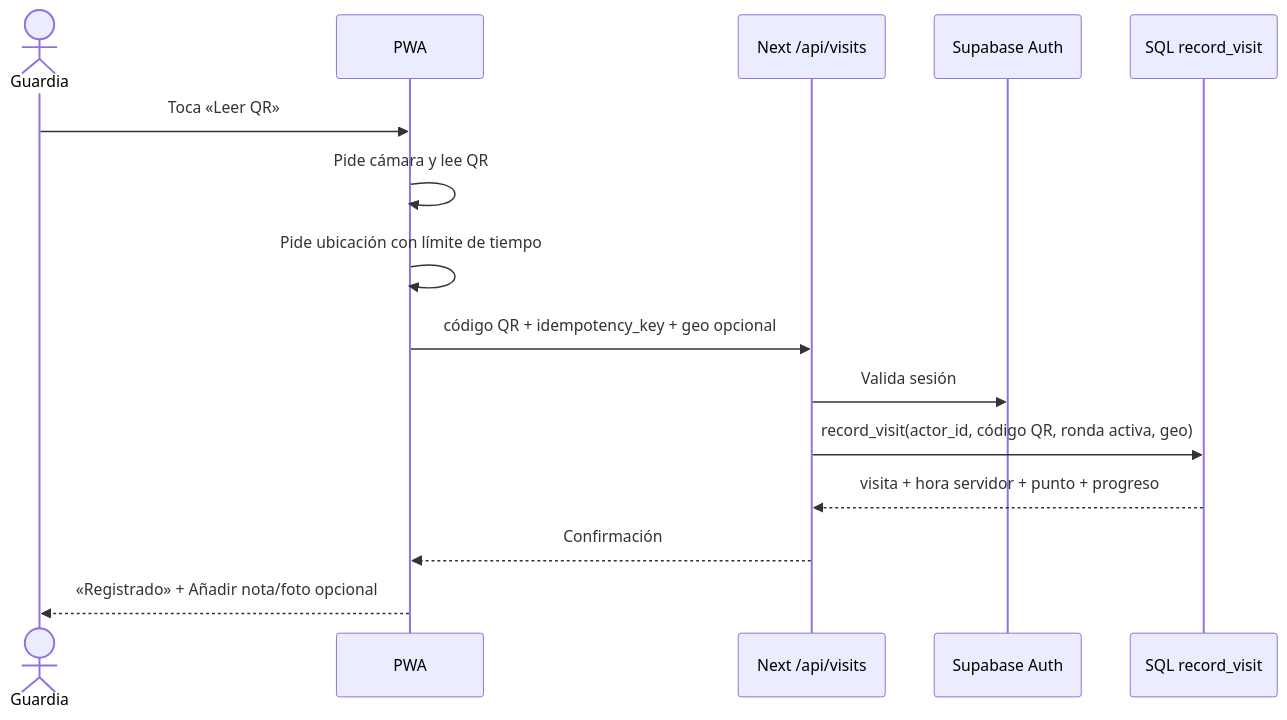
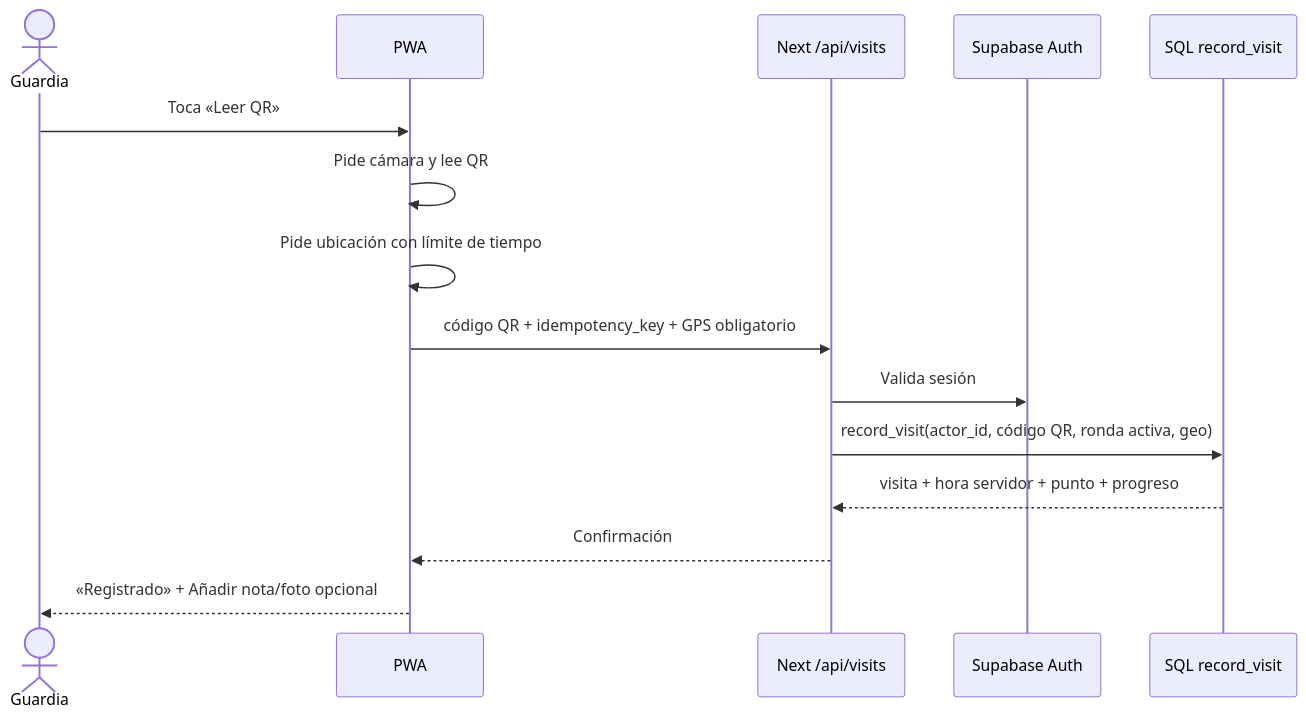
One commit to Alex-Gallardo/k66-rondas changed the second of 4 diagrams in docs/GUIA_MVP.md. Above: the diagram before and after it, drawn with Mermaid. The commit also changed other lines of this file and 22 other files, not shown here.

````diff
--- a/docs/GUIA_MVP.md
+++ b/docs/GUIA_MVP.md
@@ -79,17 +79,17 @@
 ```mermaid
 sequenceDiagram
   actor Guardia
   participant PWA
   participant API as Next /api/visits
   participant Auth as Supabase Auth
   participant DB as SQL record_visit
   Guardia->>PWA: Toca «Leer QR»
   PWA->>PWA: Pide cámara y lee QR
   PWA->>PWA: Pide ubicación con límite de tiempo
-  PWA->>API: código QR + idempotency_key + geo opcional
+  PWA->>API: código QR + idempotency_key + GPS obligatorio
   API->>Auth: Valida sesión
   API->>DB: record_visit(actor_id, código QR, ronda activa, geo)
   DB-->>API: visita + hora servidor + punto + progreso
   API-->>PWA: Confirmación
   PWA-->>Guardia: «Registrado» + Añadir nota/foto opcional
 ```
````
